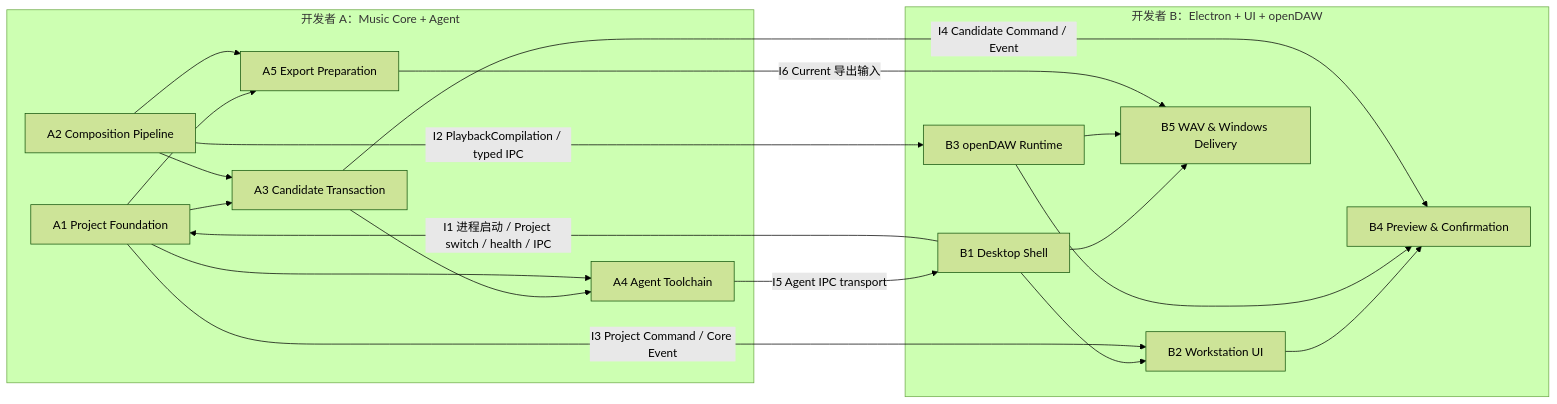
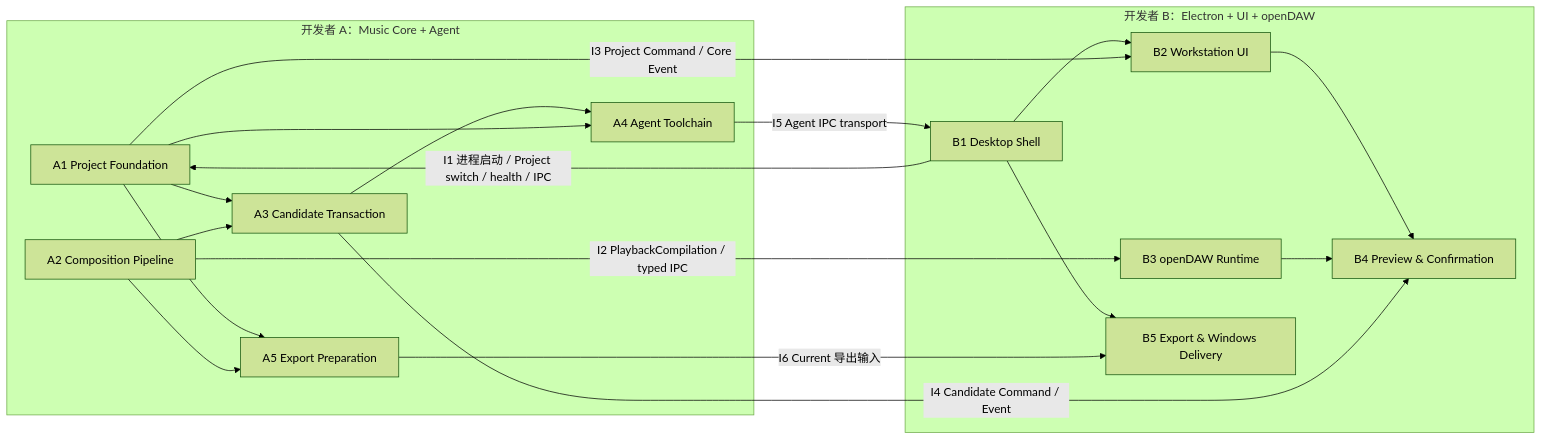
One commit to 10000-C/Music-Harness changed the diagram in docs/devplan.md. Above: the diagram before and after it, drawn with Mermaid (forest theme). The commit also changed other lines of this file and 4 other files, not shown here.

````diff
--- a/docs/devplan.md
+++ b/docs/devplan.md
@@ -467,38 +468,37 @@
 ```mermaid
 flowchart LR
     subgraph DEV_A[开发者 A：Music Core + Agent]
         A1[A1 Project Foundation]
         A2[A2 Composition Pipeline]
         A3[A3 Candidate Transaction]
         A4[A4 Agent Toolchain]
         A5[A5 Export Preparation]
 
         A1 --> A3
         A2 --> A3
         A3 --> A4
         A1 --> A4
         A1 --> A5
         A2 --> A5
     end
 
     subgraph DEV_B[开发者 B：Electron + UI + openDAW]
         B1[B1 Desktop Shell]
         B2[B2 Workstation UI]
         B3[B3 openDAW Runtime]
         B4[B4 Preview & Confirmation]
-        B5[B5 WAV & Windows Delivery]
+        B5[B5 Export & Windows Delivery]
 
         B1 --> B2
         B2 --> B4
         B3 --> B4
         B1 --> B5
-        B3 --> B5
     end
 
     B1 -->|I1 进程启动 / Project switch / health / IPC| A1
     A2 -->|I2 PlaybackCompilation / typed IPC| B3
     A1 -->|I3 Project Command / Core Event| B2
     A3 -->|I4 Candidate Command / Event| B4
     A4 -->|I5 Agent IPC transport| B1
     A5 -->|I6 Current 导出输入| B5
 ```
````
